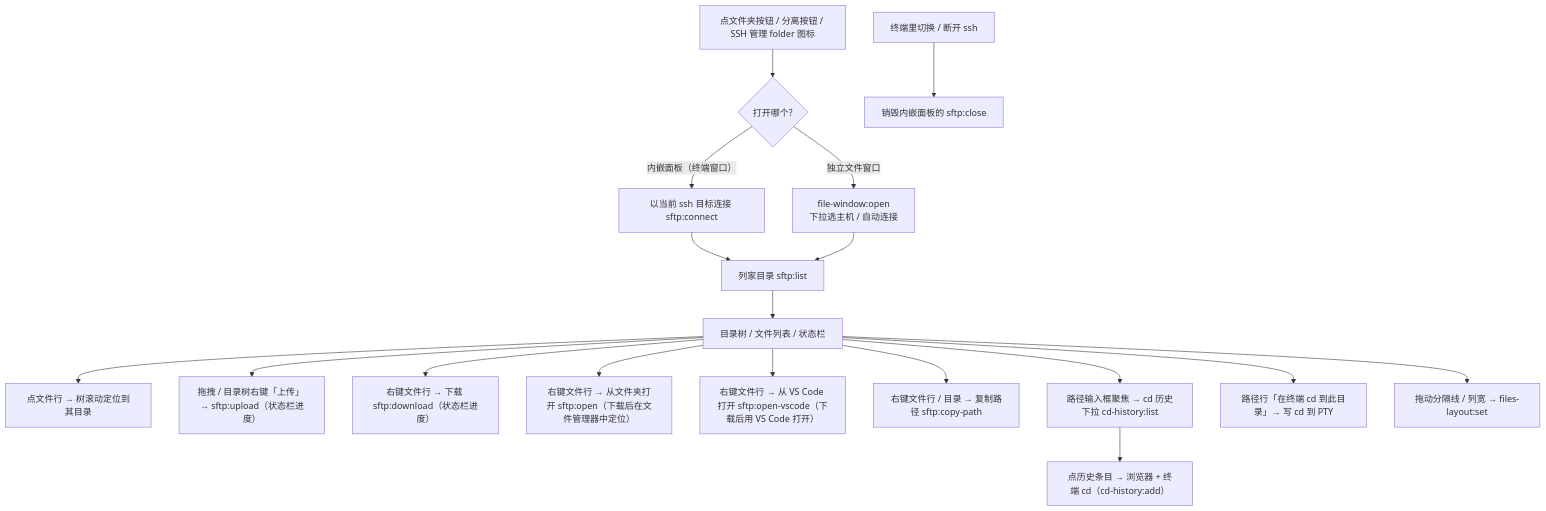
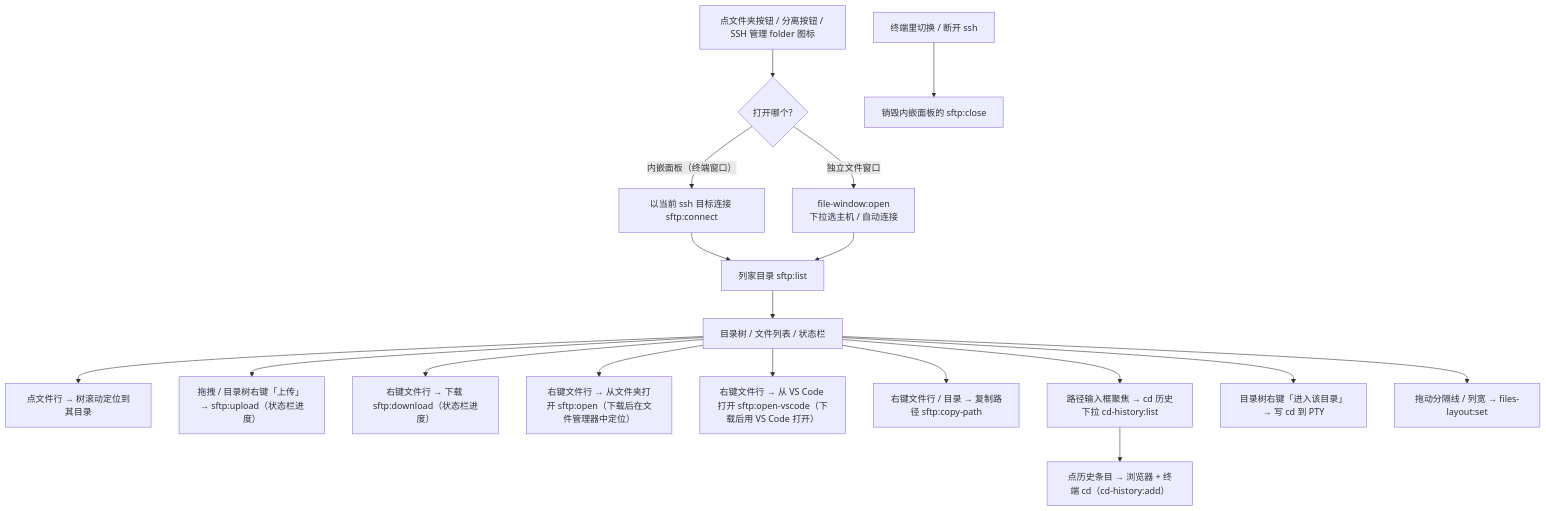
One commit to o8x/ships changed the fifth of 6 diagrams in docs/PRD.md. Above: the diagram before and after it, drawn with Mermaid. The commit also changed other lines of this file and 2 other files, not shown here.

````diff
--- a/docs/PRD.md
+++ b/docs/PRD.md
@@ -522,20 +522,20 @@
 ```mermaid
 flowchart TD
   A[点文件夹按钮 / 分离按钮 / SSH 管理 folder 图标] --> B{打开哪个?}
   B -- 内嵌面板（终端窗口） --> C[以当前 ssh 目标连接 sftp:connect]
   B -- 独立文件窗口 --> D[file-window:open<br/>下拉选主机 / 自动连接]
   C --> E[列家目录 sftp:list]
   D --> E
   E --> F[目录树 / 文件列表 / 状态栏]
   F --> G[点文件行 → 树滚动定位到其目录]
   F --> H[拖拽 / 目录树右键「上传」 → sftp:upload（状态栏进度）]
   F --> I[右键文件行 → 下载 sftp:download（状态栏进度）]
   F --> I2[右键文件行 → 从文件夹打开 sftp:open（下载后在文件管理器中定位）]
   F --> I3[右键文件行 → 从 VS Code 打开 sftp:open-vscode（下载后用 VS Code 打开）]
   F --> I4[右键文件行 / 目录 → 复制路径 sftp:copy-path]
   F --> N[路径输入框聚焦 → cd 历史下拉 cd-history:list]
   N --> N2[点历史条目 → 浏览器 + 终端 cd（cd-history:add）]
-  F --> J[路径行「在终端 cd 到此目录」→ 写 cd 到 PTY]
+  F --> J[目录树右键「进入该目录」→ 写 cd 到 PTY]
   F --> K[拖动分隔线 / 列宽 → files-layout:set]
   L[终端里切换 / 断开 ssh] --> M[销毁内嵌面板的 sftp:close]
 ```
````
